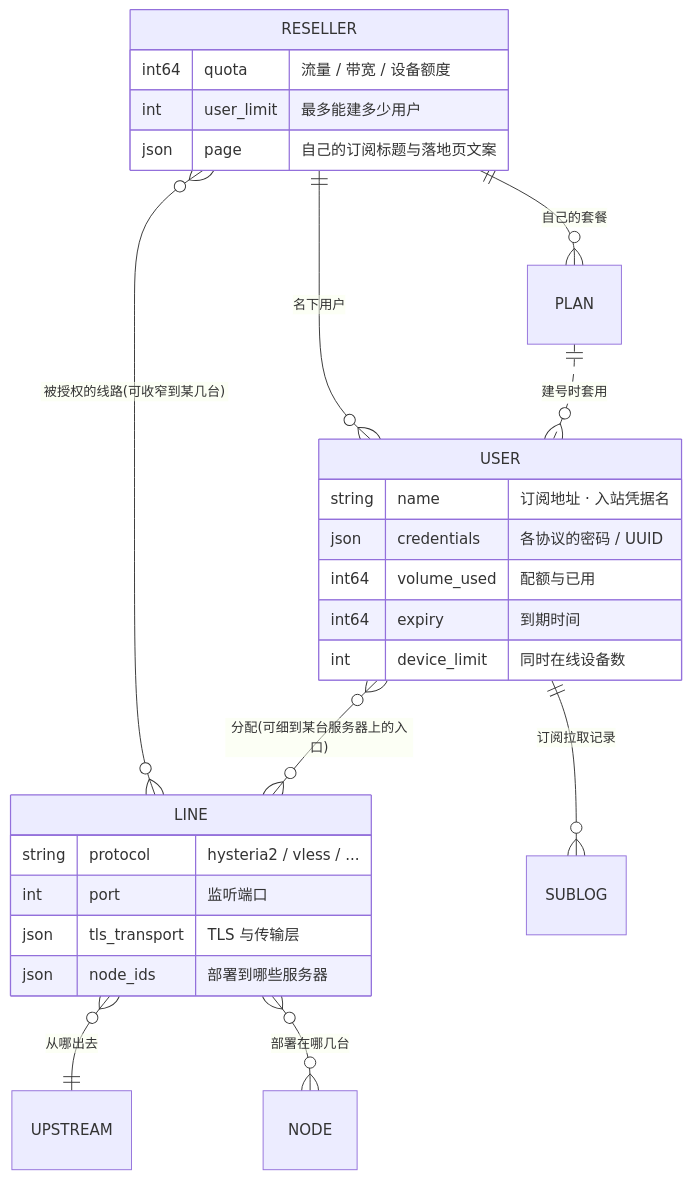
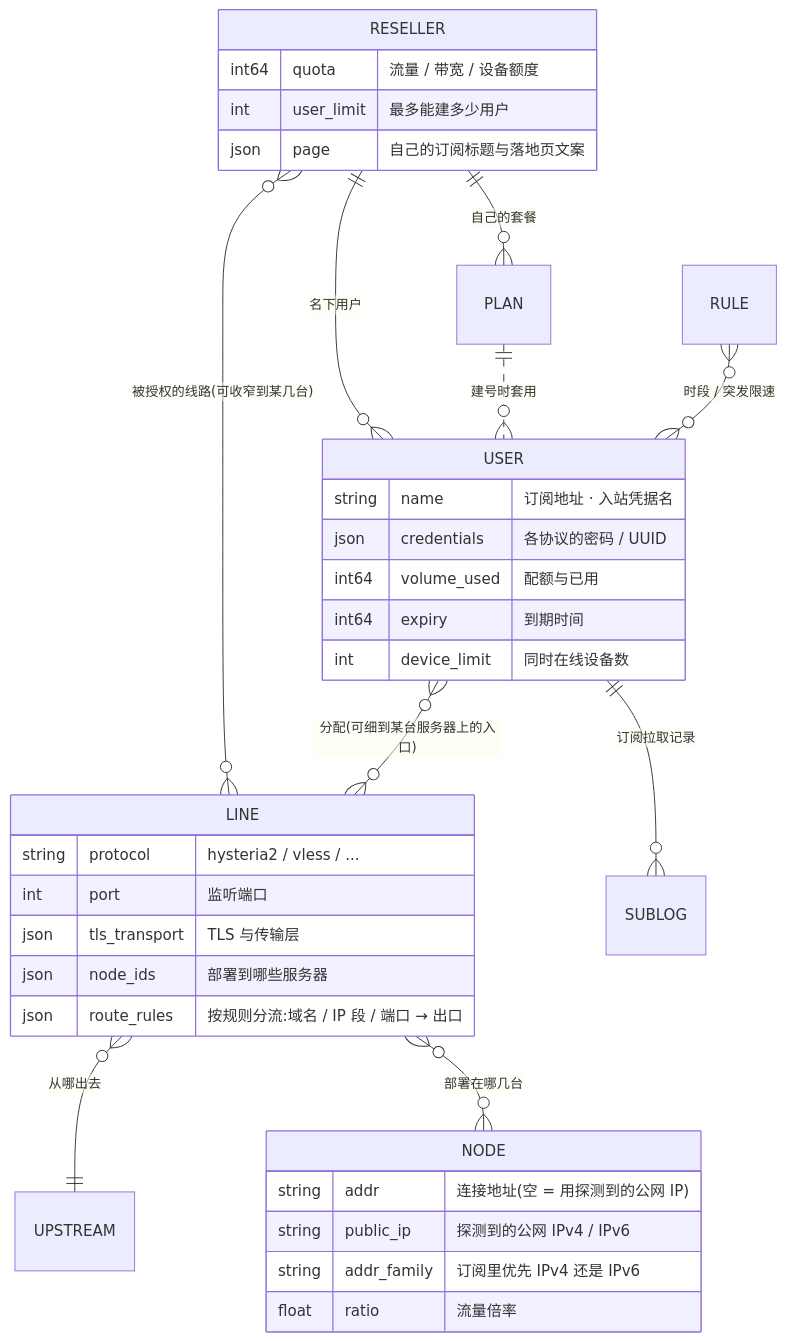
The fifth of 5 diagrams in README.md (Maoyangui/m-ui), drawn with Mermaid before and after one commit. The commit also changed other lines of this file and 3 other files, not shown here.

````diff
--- a/README.md
+++ b/README.md
@@ -200,30 +202,38 @@
 ```mermaid
 erDiagram
   RESELLER ||--o{ USER : "名下用户"
   RESELLER ||--o{ PLAN : "自己的套餐"
   RESELLER }o--o{ LINE : "被授权的线路(可收窄到某几台)"
   USER }o--o{ LINE : "分配(可细到某台服务器上的入口)"
   PLAN ||..o{ USER : "建号时套用"
   LINE }o--|| UPSTREAM : "从哪出去"
   LINE }o--o{ NODE : "部署在哪几台"
   USER ||--o{ SUBLOG : "订阅拉取记录"
+  RULE }o--o{ USER : "时段 / 突发限速"
 
   USER {
     string name "订阅地址 · 入站凭据名"
     json credentials "各协议的密码 / UUID"
     int64 volume_used "配额与已用"
     int64 expiry "到期时间"
     int device_limit "同时在线设备数"
   }
   LINE {
     string protocol "hysteria2 / vless / ..."
     int port "监听端口"
     json tls_transport "TLS 与传输层"
     json node_ids "部署到哪些服务器"
+    json route_rules "按规则分流:域名 / IP 段 / 端口 → 出口"
+  }
+  NODE {
+    string addr "连接地址(空 = 用探测到的公网 IP)"
+    string public_ip "探测到的公网 IPv4 / IPv6"
+    string addr_family "订阅里优先 IPv4 还是 IPv6"
+    float ratio "流量倍率"
   }
   RESELLER {
     int64 quota "流量 / 带宽 / 设备额度"
     int user_limit "最多能建多少用户"
     json page "自己的订阅标题与落地页文案"
   }
 ```
````
